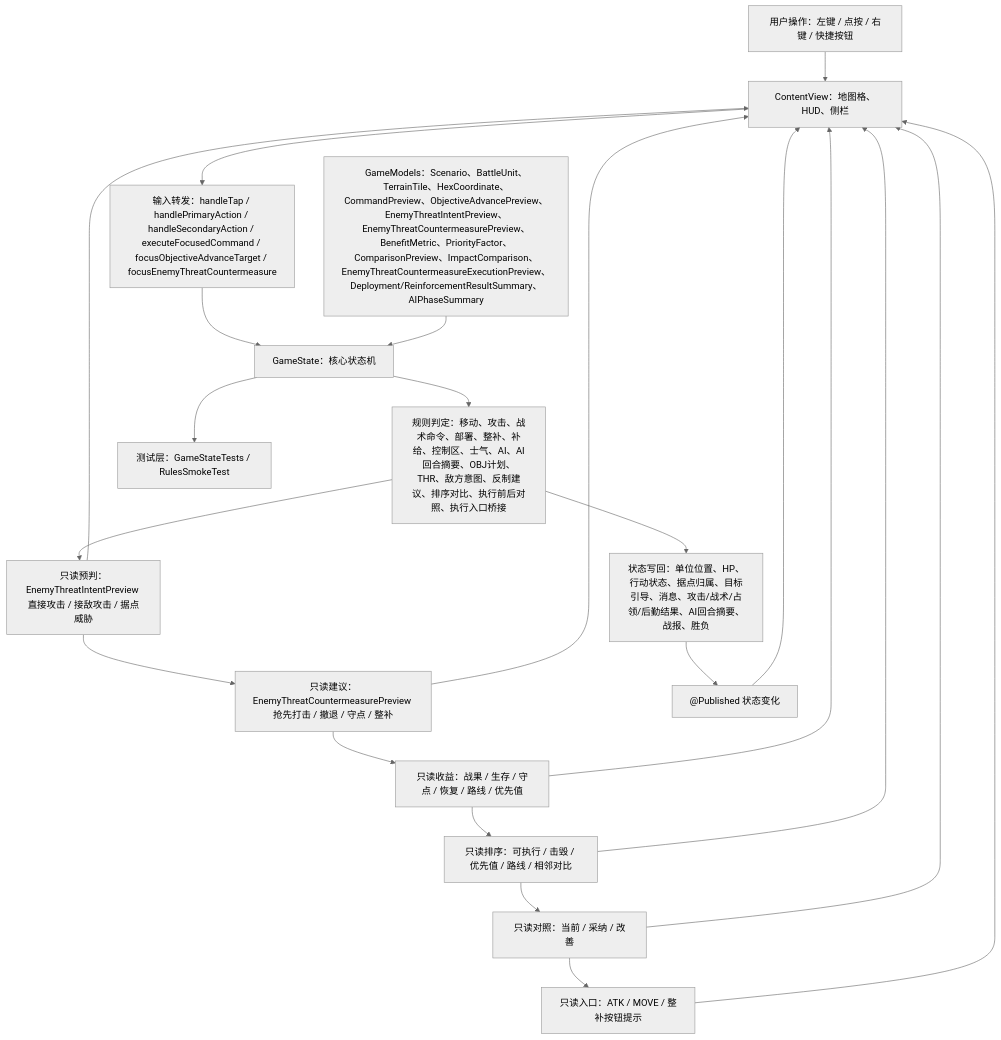
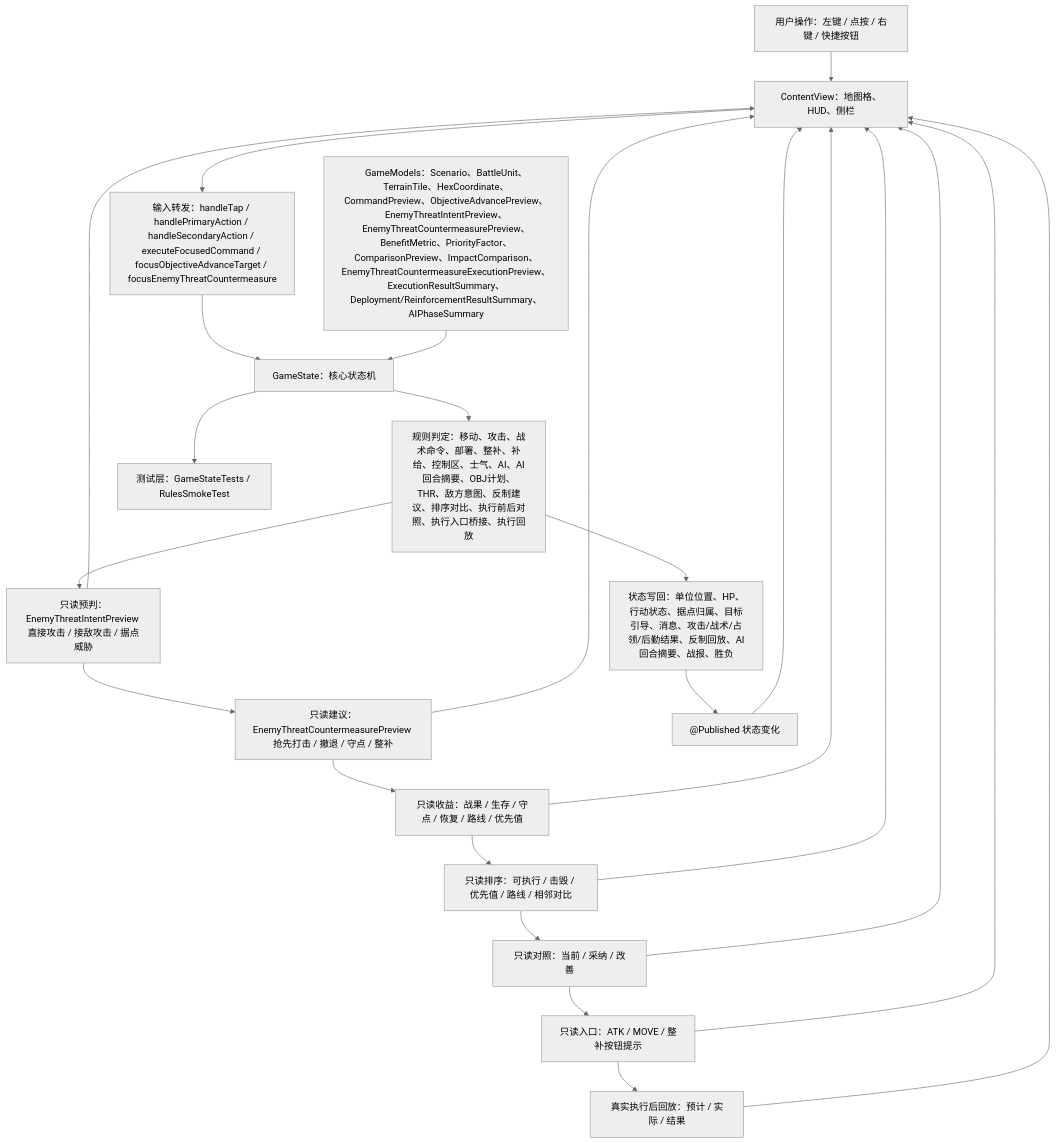
The first of 5 diagrams in md/flow/flowchart.md (Altman-sam114/116), drawn with Mermaid (neutral theme) before and after one commit. The commit also changed other lines of this file and 10 other files, not shown here.

````diff
--- a/md/flow/flowchart.md
+++ b/md/flow/flowchart.md
@@ -9,24 +9,26 @@
 ```mermaid
 flowchart TD
   U["用户操作：左键 / 点按 / 右键 / 快捷按钮"] --> V["ContentView：地图格、HUD、侧栏"]
   V --> I["输入转发：handleTap / handlePrimaryAction / handleSecondaryAction / executeFocusedCommand / focusObjectiveAdvanceTarget / focusEnemyThreatCountermeasure"]
   I --> S["GameState：核心状态机"]
-  M["GameModels：Scenario、BattleUnit、TerrainTile、HexCoordinate、CommandPreview、ObjectiveAdvancePreview、EnemyThreatIntentPreview、EnemyThreatCountermeasurePreview、BenefitMetric、PriorityFactor、ComparisonPreview、ImpactComparison、EnemyThreatCountermeasureExecutionPreview、Deployment/ReinforcementResultSummary、AIPhaseSummary"] --> S
-  S --> R["规则判定：移动、攻击、战术命令、部署、整补、补给、控制区、士气、AI、AI回合摘要、OBJ计划、THR、敌方意图、反制建议、排序对比、执行前后对照、执行入口桥接"]
-  R --> W["状态写回：单位位置、HP、行动状态、据点归属、目标引导、消息、攻击/战术/占领/后勤结果、AI回合摘要、战报、胜负"]
+  M["GameModels：Scenario、BattleUnit、TerrainTile、HexCoordinate、CommandPreview、ObjectiveAdvancePreview、EnemyThreatIntentPreview、EnemyThreatCountermeasurePreview、BenefitMetric、PriorityFactor、ComparisonPreview、ImpactComparison、EnemyThreatCountermeasureExecutionPreview、ExecutionResultSummary、Deployment/ReinforcementResultSummary、AIPhaseSummary"] --> S
+  S --> R["规则判定：移动、攻击、战术命令、部署、整补、补给、控制区、士气、AI、AI回合摘要、OBJ计划、THR、敌方意图、反制建议、排序对比、执行前后对照、执行入口桥接、执行回放"]
+  R --> W["状态写回：单位位置、HP、行动状态、据点归属、目标引导、消息、攻击/战术/占领/后勤结果、反制回放、AI回合摘要、战报、胜负"]
   R --> EI["只读预判：EnemyThreatIntentPreview 直接攻击 / 接敌攻击 / 据点威胁"]
   EI --> EC["只读建议：EnemyThreatCountermeasurePreview 抢先打击 / 撤退 / 守点 / 整补"]
   EC --> BM["只读收益：战果 / 生存 / 守点 / 恢复 / 路线 / 优先值"]
   BM --> PC["只读排序：可执行 / 击毁 / 优先值 / 路线 / 相邻对比"]
   PC --> IP["只读对照：当前 / 采纳 / 改善"]
   IP --> EB["只读入口：ATK / MOVE / 整补按钮提示"]
+  EB --> XR["真实执行后回放：预计 / 实际 / 结果"]
   W --> P["@Published 状态变化"]
   P --> V
   EI --> V
   EC --> V
   BM --> V
   PC --> V
   IP --> V
   EB --> V
+  XR --> V
   S --> T["测试层：GameStateTests / RulesSmokeTest"]
 ```
````
